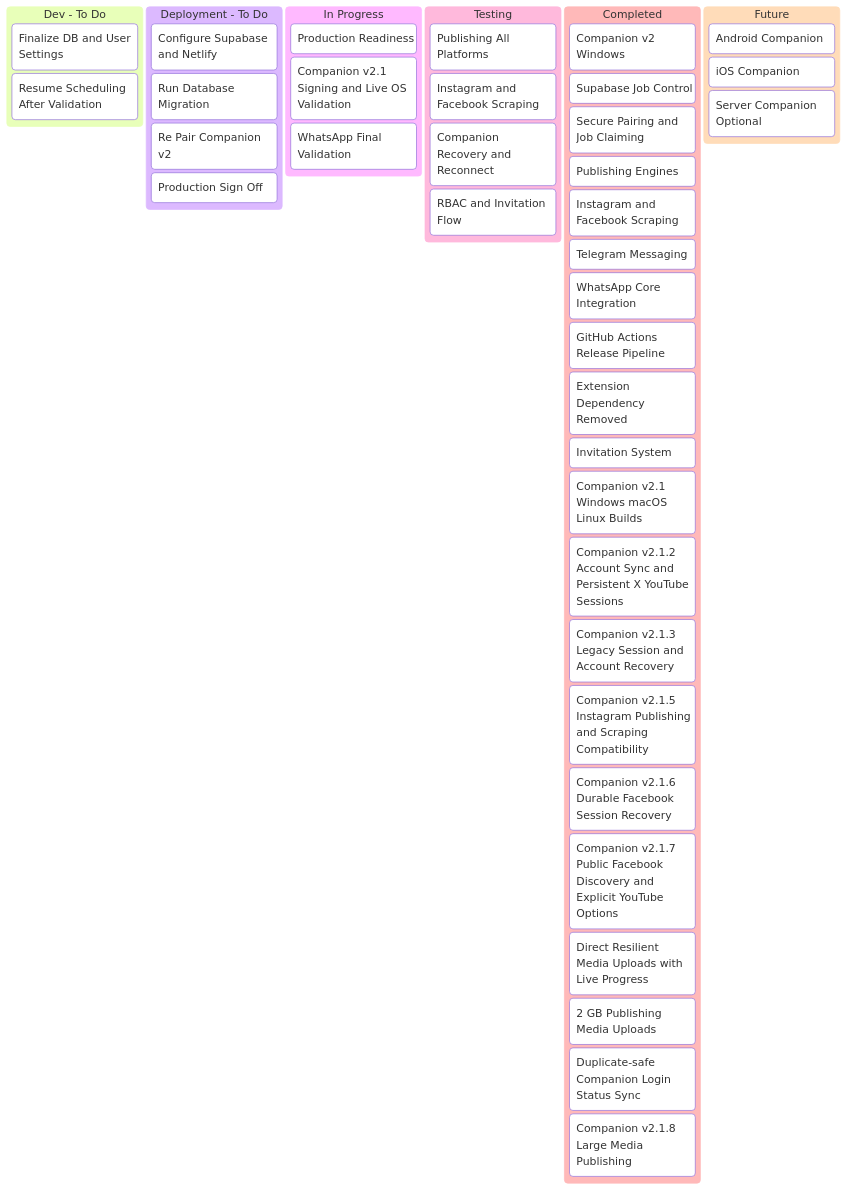
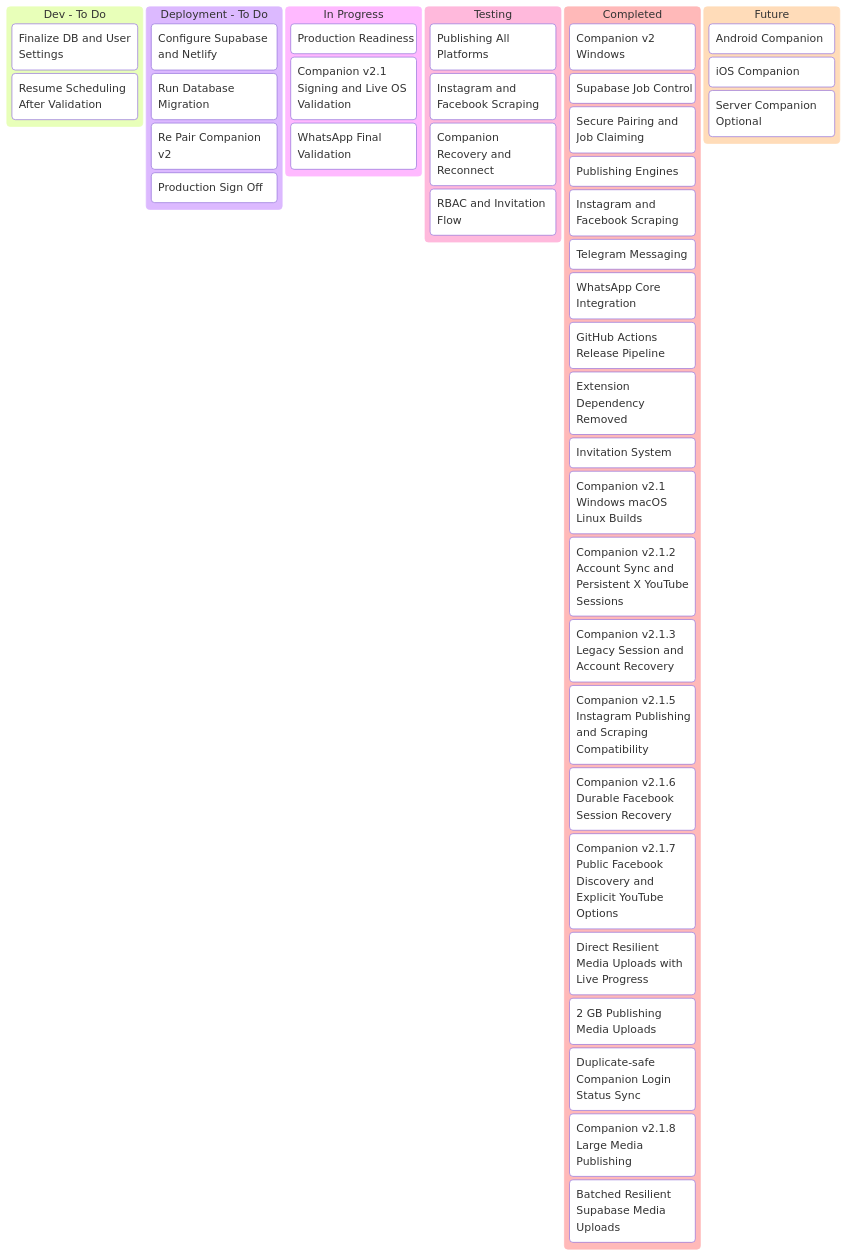
The first of 2 diagrams in agentic-that-project-tracker.md (tinitiateprime/agentic-that), drawn with Mermaid before and after one commit. The commit also changed 6 other files, not shown here.

Commit message:
fix: batch resilient large media uploads

````diff
--- a/agentic-that-project-tracker.md
+++ b/agentic-that-project-tracker.md
@@ -5,50 +5,51 @@
 ```mermaid
 kanban
   devTodo[Dev - To Do]
     dev1[Finalize DB and User Settings]
     dev2[Resume Scheduling After Validation]
 
   deploymentTodo[Deployment - To Do]
     dep1[Configure Supabase and Netlify]
     dep2[Run Database Migration]
     dep3[Re Pair Companion v2]
     dep4[Production Sign Off]
 
   inProgress[In Progress]
     prog1[Production Readiness]
     prog2[Companion v2.1 Signing and Live OS Validation]
     prog3[WhatsApp Final Validation]
 
   testing[Testing]
     test1[Publishing All Platforms]
     test2[Instagram and Facebook Scraping]
     test3[Companion Recovery and Reconnect]
     test4[RBAC and Invitation Flow]
 
   completed[Completed]
     done1[Companion v2 Windows]
     done2[Supabase Job Control]
     done3[Secure Pairing and Job Claiming]
     done4[Publishing Engines]
     done5[Instagram and Facebook Scraping]
     done6[Telegram Messaging]
     done7[WhatsApp Core Integration]
     done8[GitHub Actions Release Pipeline]
     done9[Extension Dependency Removed]
     done10[Invitation System]
     done11[Companion v2.1 Windows macOS Linux Builds]
     done12[Companion v2.1.2 Account Sync and Persistent X YouTube Sessions]
     done13[Companion v2.1.3 Legacy Session and Account Recovery]
     done14[Companion v2.1.5 Instagram Publishing and Scraping Compatibility]
     done15[Companion v2.1.6 Durable Facebook Session Recovery]
     done16[Companion v2.1.7 Public Facebook Discovery and Explicit YouTube Options]
     done17[Direct Resilient Media Uploads with Live Progress]
     done18[2 GB Publishing Media Uploads]
     done19[Duplicate-safe Companion Login Status Sync]
     done20[Companion v2.1.8 Large Media Publishing]
+    done21[Batched Resilient Supabase Media Uploads]
 
   future[Future]
     future1[Android Companion]
     future2[iOS Companion]
     future3[Server Companion Optional]
 ```
````
